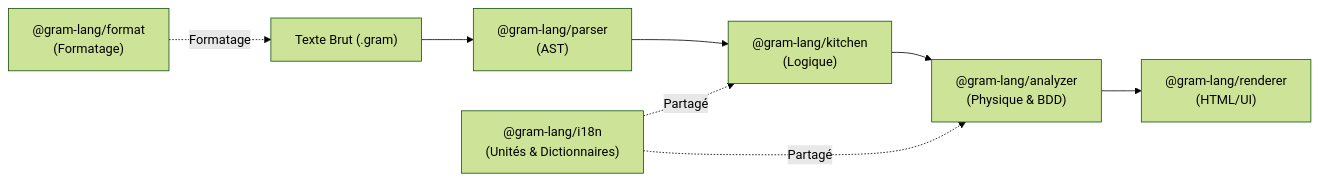
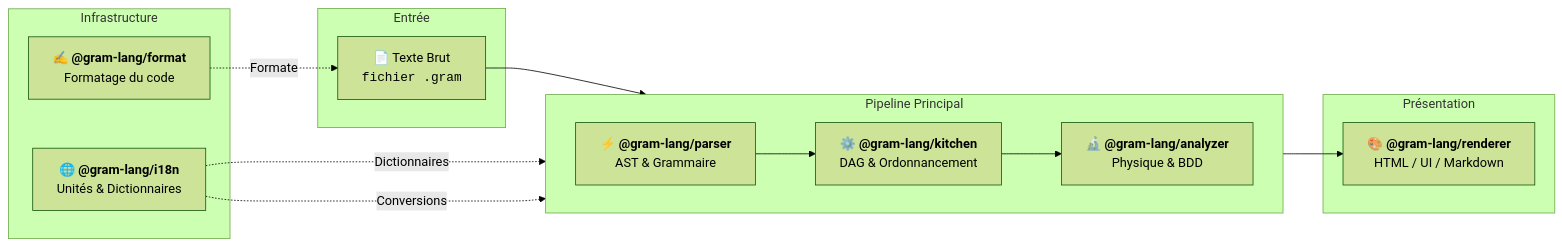
The diagram in packages/docs/src/fr/explanation/engine/lifecycle.md (gram-lang/gram), drawn with Mermaid (forest theme) before and after one commit. The commit also changed 8 other files, not shown here.

Commit message:
docs: update and add mermaid diagrams across documentation

````diff
--- a/packages/docs/src/fr/explanation/engine/lifecycle.md
+++ b/packages/docs/src/fr/explanation/engine/lifecycle.md
@@ -44,10 +44,30 @@
 ```mermaid
-graph LR
-  Raw["Texte Brut (.gram)"] --> Parser["@gram-lang/parser<br/>(AST)"]
-  Parser --> Kitchen["@gram-lang/kitchen<br/>(Logique)"]
-  Kitchen --> Analyzer["@gram-lang/analyzer<br/>(Physique & BDD)"]
-  Analyzer --> Renderer["@gram-lang/renderer<br/>(HTML/UI)"]
-  Format["@gram-lang/format<br/>(Formatage)"] -. Formatage .-> Raw
-  I18n["@gram-lang/i18n<br/>(Unités & Dictionnaires)"] -. Partagé .-> Kitchen
-  I18n -. Partagé .-> Analyzer
+flowchart LR
+    subgraph Input ["Entrée"]
+        Raw["📄 Texte Brut<br/><code>fichier .gram</code>"]
+    end
+
+    subgraph Pipeline ["Pipeline Principal"]
+        direction LR
+        Parser["⚡ <b>@gram-lang/parser</b><br/>AST & Grammaire"]
+        Kitchen["⚙️ <b>@gram-lang/kitchen</b><br/>DAG & Ordonnancement"]
+        Analyzer["🔬 <b>@gram-lang/analyzer</b><br/>Physique & BDD"]
+
+        Parser --> Kitchen --> Analyzer
+    end
+
+    subgraph Output ["Présentation"]
+        Renderer["🎨 <b>@gram-lang/renderer</b><br/>HTML / UI / Markdown"]
+    end
+
+    subgraph Infra ["Infrastructure"]
+        Format["✍️ <b>@gram-lang/format</b><br/>Formatage du code"]
+        I18n["🌐 <b>@gram-lang/i18n</b><br/>Unités & Dictionnaires"]
+    end
+
+    Raw --> Parser
+    Analyzer --> Renderer
+    Format -. Formate .-> Raw
+    I18n -. Dictionnaires .-> Kitchen
+    I18n -. Conversions .-> Analyzer
 ```
````
